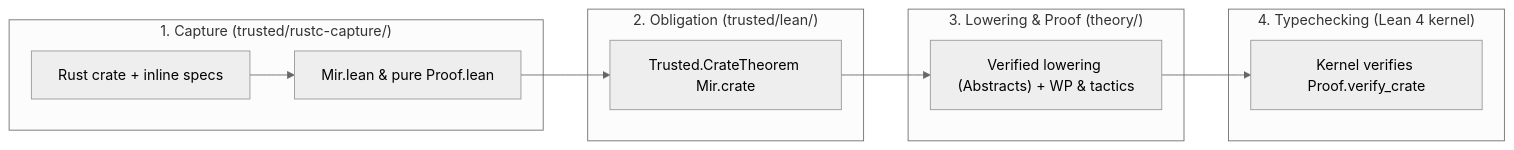
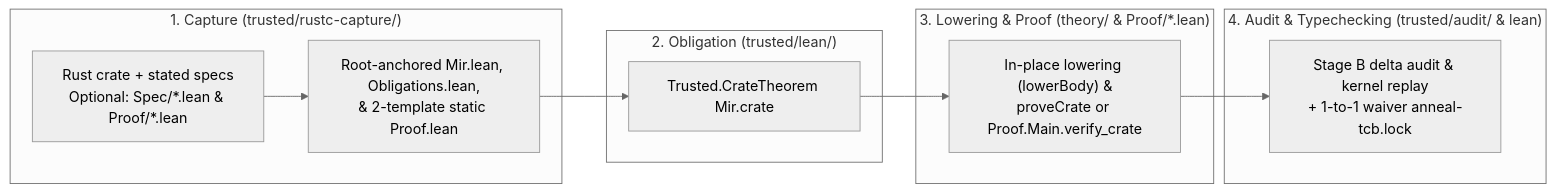
The diagram in docs/design.md (joshlf/anneal), drawn with Mermaid (neutral theme) before and after one commit. The commit also changed other lines of this file and 4 other files, not shown here.

First line of the commit message:
[docs] Update trust audit and MIR pipeline design

````diff
--- a/docs/design.md
+++ b/docs/design.md
@@ -73,15 +74,15 @@
 ```mermaid
 flowchart LR
     subgraph Rust ["1. Capture (trusted/rustc-capture/)"]
-        SRC["Rust crate + inline specs"] --> MIR["Mir.lean & pure Proof.lean"]
+        SRC["Rust crate + stated specs\nOptional: Spec/*.lean & Proof/*.lean"] --> MIR["Root-anchored Mir.lean, Obligations.lean,\n& 2-template static Proof.lean"]
     end
     subgraph TCB ["2. Obligation (trusted/lean/)"]
         MIR --> THM["Trusted.CrateTheorem Mir.crate"]
     end
-    subgraph Theory ["3. Lowering & Proof (theory/)"]
-        THM --> PASS["Verified lowering (Abstracts) + WP & tactics"]
+    subgraph Theory ["3. Lowering & Proof (theory/ & Proof/*.lean)"]
+        THM --> PASS["In-place lowering (lowerBody) &\nproveCrate or Proof.Main.verify_crate"]
     end
-    subgraph Kernel ["4. Typechecking (Lean 4 kernel)"]
-        PASS --> CHECK["Kernel verifies Proof.verify_crate"]
+    subgraph Kernel ["4. Audit & Typechecking (trusted/audit/ & lean)"]
+        PASS --> CHECK["Stage B delta audit & kernel replay\n+ 1-to-1 waiver anneal-tcb.lock"]
     end
 ```
````
